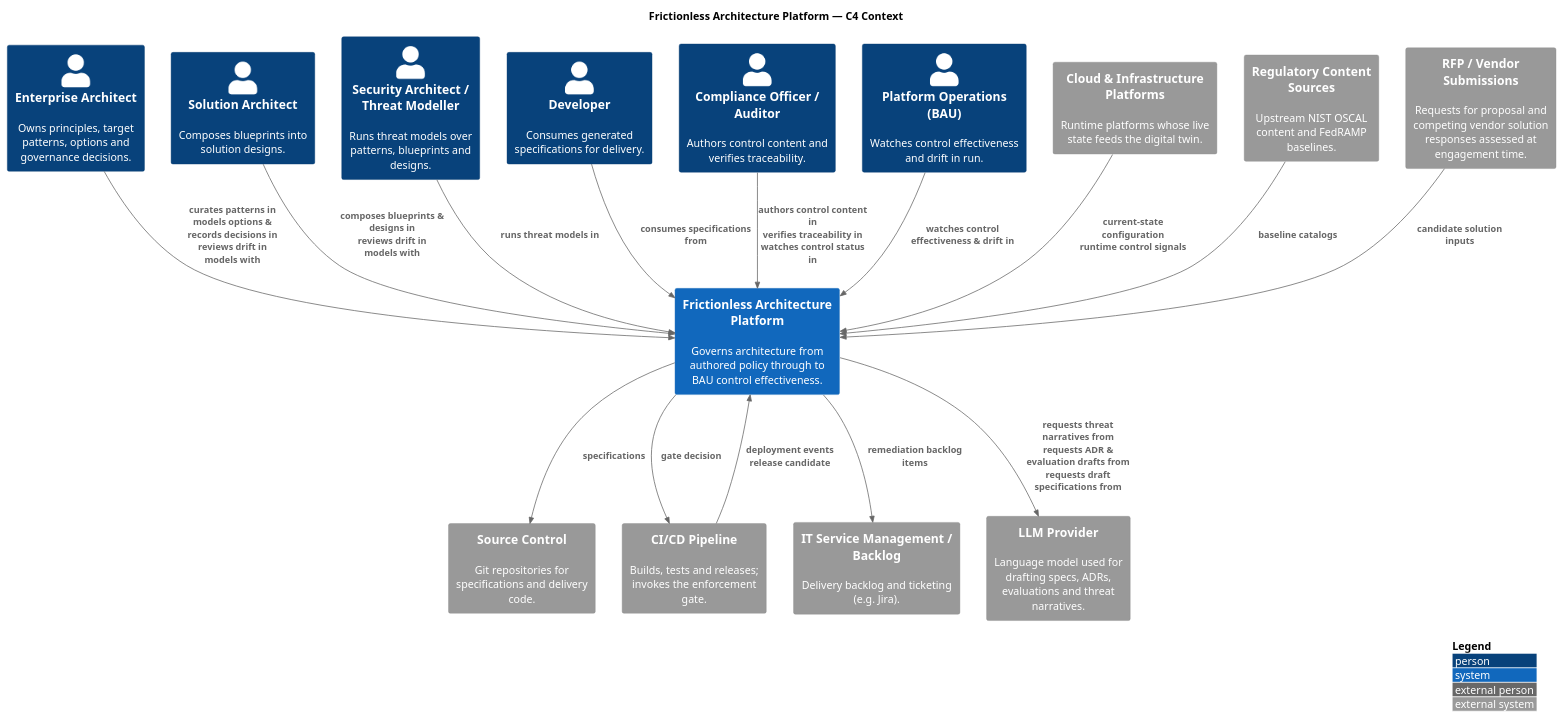
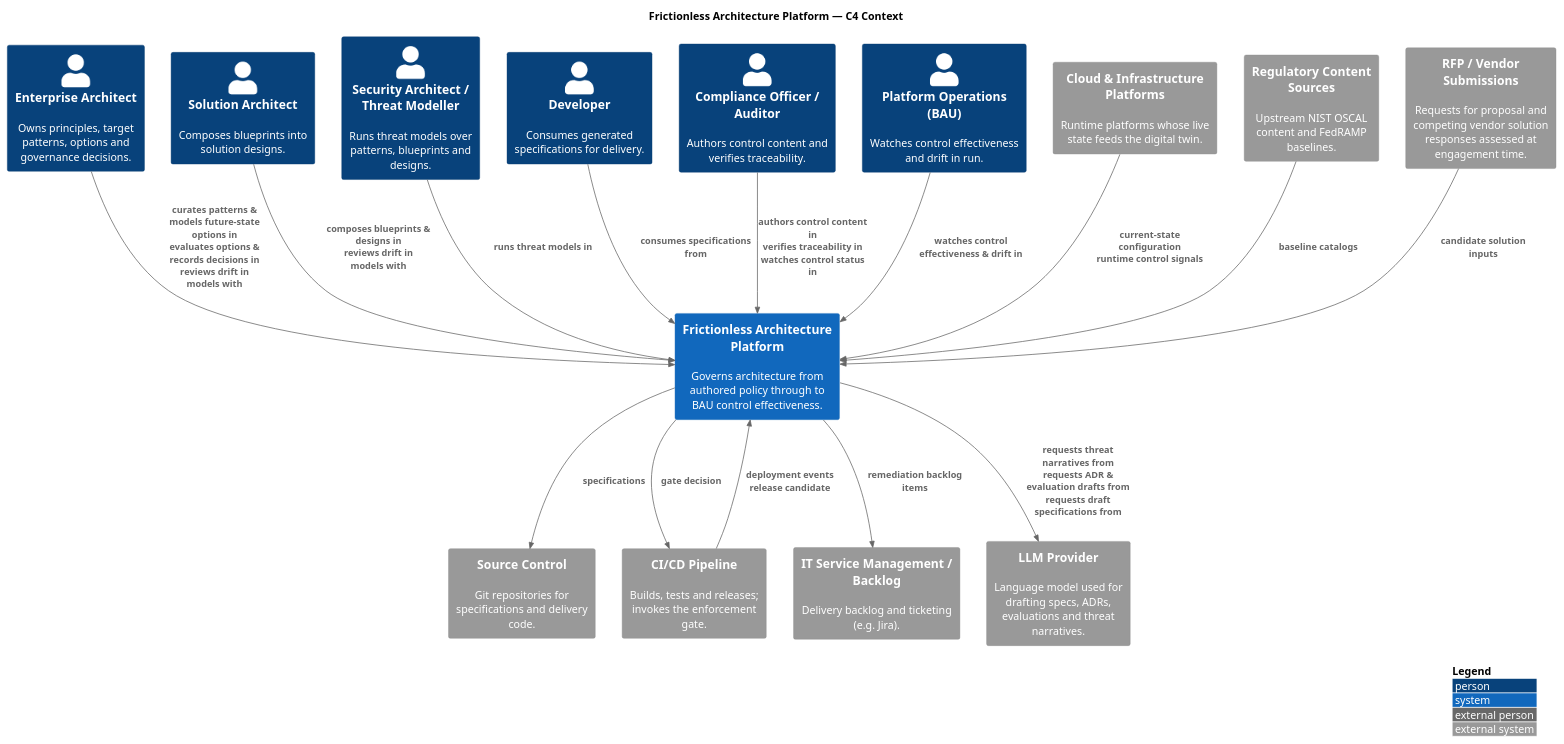
The diagram in architecture/model/diagrams/frictionless-architect-c4-context.puml (wolffy-au/frictionless-architect), drawn with PlantUML before and after one commit. The commit also changed 22 other files, not shown here.

```diff
--- a/architecture/model/diagrams/frictionless-architect-c4-context.puml
+++ b/architecture/model/diagrams/frictionless-architect-c4-context.puml
@@ -1,38 +1,38 @@
 @startuml
 ' GENERATED from architecture/model/frictionless-architect.xml by diagram-c4 (model_to_c4.py) — do not edit; fix the ArchiMate model.
 !include <C4/C4_Context>
 
 title Frictionless Architecture Platform — C4 Context
 LAYOUT_WITH_LEGEND()
 
 System(n_id54dd4701dbf151, "Frictionless Architecture Platform", "Governs architecture from authored policy through to BAU control effectiveness.")
 Person(n_id2b5394f913985a, "Enterprise Architect", "Owns principles, target patterns, options and governance decisions.")
 Person(n_ide2cb7f3efa6256, "Solution Architect", "Composes blueprints into solution designs.")
 Person(n_id10a12f8c7cac51, "Security Architect / Threat Modeller", "Runs threat models over patterns, blueprints and designs.")
 Person(n_id2c72565ddd6c52, "Developer", "Consumes generated specifications for delivery.")
 Person(n_id5e264d2f4bb551, "Compliance Officer / Auditor", "Authors control content and verifies traceability.")
 Person(n_id2c489ee6594253, "Platform Operations (BAU)", "Watches control effectiveness and drift in run.")
 System_Ext(n_id4a7b9c4171d855, "Source Control", "Git repositories for specifications and delivery code.")
 System_Ext(n_iddc67769c419e5d, "CI/CD Pipeline", "Builds, tests and releases; invokes the enforcement gate.")
 System_Ext(n_idd9989f19521155, "Cloud & Infrastructure Platforms", "Runtime platforms whose live state feeds the digital twin.")
 System_Ext(n_idaabfebfc7b9858, "IT Service Management / Backlog", "Delivery backlog and ticketing (e.g. Jira).")
 System_Ext(n_id13f9d5fb47b650, "Regulatory Content Sources", "Upstream NIST OSCAL content and FedRAMP baselines.")
 System_Ext(n_id2610ae0cc2cc50, "LLM Provider", "Language model used for drafting specs, ADRs, evaluations and threat narratives.")
 System_Ext(n_idaf80425d61fd58, "RFP / Vendor Submissions", "Requests for proposal and competing vendor solution responses assessed at engagement time.")
 
 Rel(n_id5e264d2f4bb551, n_id54dd4701dbf151, "authors control content in\nverifies traceability in\nwatches control status in")
-Rel(n_id2b5394f913985a, n_id54dd4701dbf151, "curates patterns in\nmodels options & records decisions in\nreviews drift in\nmodels with")
+Rel(n_id2b5394f913985a, n_id54dd4701dbf151, "curates patterns & models future-state options in\nevaluates options & records decisions in\nreviews drift in\nmodels with")
 Rel(n_ide2cb7f3efa6256, n_id54dd4701dbf151, "composes blueprints & designs in\nreviews drift in\nmodels with")
 Rel(n_id10a12f8c7cac51, n_id54dd4701dbf151, "runs threat models in")
 Rel(n_id2c489ee6594253, n_id54dd4701dbf151, "watches control effectiveness & drift in")
 Rel(n_id2c72565ddd6c52, n_id54dd4701dbf151, "consumes specifications from")
 Rel(n_id13f9d5fb47b650, n_id54dd4701dbf151, "baseline catalogs")
+Rel(n_idaf80425d61fd58, n_id54dd4701dbf151, "candidate solution inputs")
 Rel(n_id54dd4701dbf151, n_id2610ae0cc2cc50, "requests threat narratives from\nrequests ADR & evaluation drafts from\nrequests draft specifications from")
 Rel(n_idd9989f19521155, n_id54dd4701dbf151, "current-state configuration\nruntime control signals")
 Rel(n_iddc67769c419e5d, n_id54dd4701dbf151, "deployment events\nrelease candidate")
-Rel(n_idaf80425d61fd58, n_id54dd4701dbf151, "candidate solution inputs")
 Rel(n_id54dd4701dbf151, n_iddc67769c419e5d, "gate decision")
 Rel(n_id54dd4701dbf151, n_idaabfebfc7b9858, "remediation backlog items")
 Rel(n_id54dd4701dbf151, n_id4a7b9c4171d855, "specifications")
 
 @enduml
```
